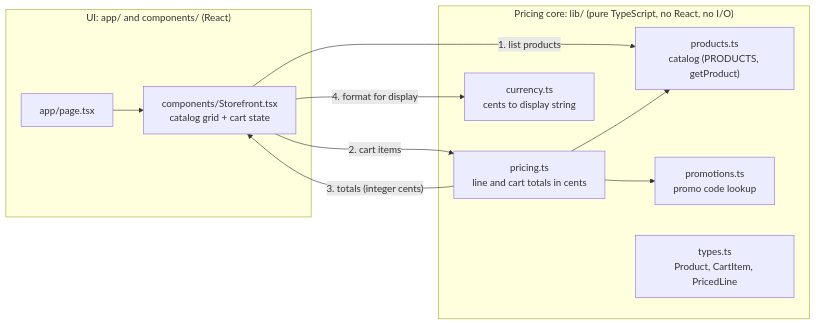
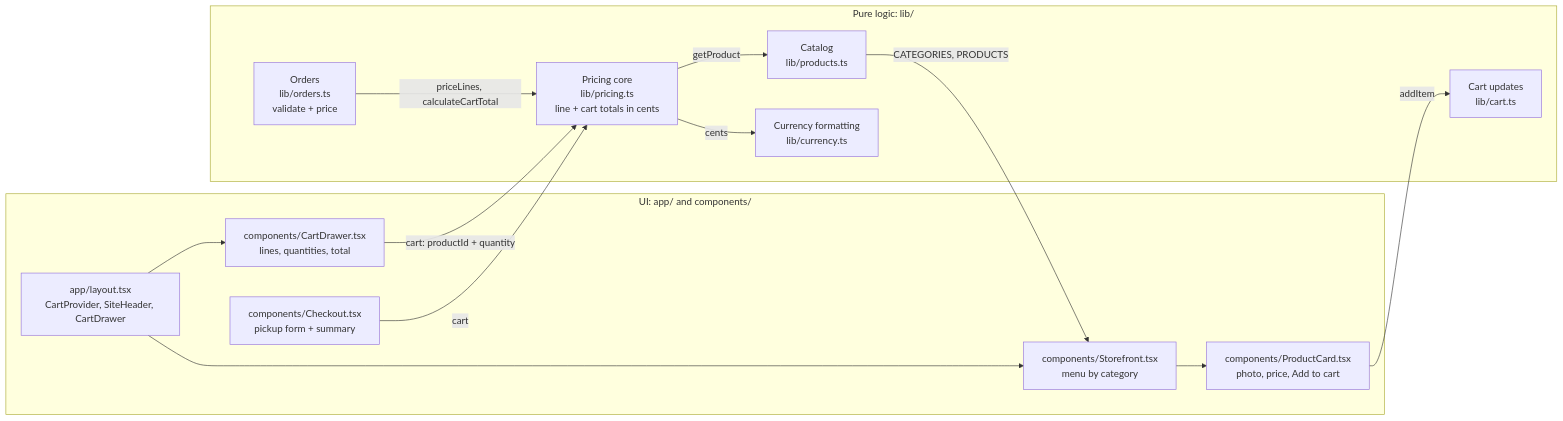
Before and after one commit to FactoryDemo/demo-storefront-practice: the first of 2 diagrams in docs/architecture.md, drawn with Mermaid. The commit also changed other lines of this file and 40 other files, not shown here.

Commit message:
redesign storefront with a photo menu, cart drawer, and pickup checkout

````diff
--- a/docs/architecture.md
+++ b/docs/architecture.md
@@ -9,21 +11,28 @@
 ```mermaid
 flowchart LR
-  subgraph ui["UI: app/ and components/ (React)"]
-    page["app/page.tsx"] --> storefront["components/Storefront.tsx<br/>catalog grid + cart state"]
+  subgraph ui["UI: app/ and components/"]
+    layout["app/layout.tsx<br/>CartProvider, SiteHeader, CartDrawer"]
+    storefront["components/Storefront.tsx<br/>menu by category"]
+    card["components/ProductCard.tsx<br/>photo, price, Add to cart"]
+    drawer["components/CartDrawer.tsx<br/>lines, quantities, total"]
+    checkout["components/Checkout.tsx<br/>pickup form + summary"]
+    layout --> storefront --> card
+    layout --> drawer
   end
 
-  subgraph core["Pricing core: lib/ (pure TypeScript, no React, no I/O)"]
-    products["products.ts<br/>catalog (PRODUCTS, getProduct)"]
-    pricing["pricing.ts<br/>line and cart totals in cents"]
-    promotions["promotions.ts<br/>promo code lookup"]
-    currency["currency.ts<br/>cents to display string"]
-    types["types.ts<br/>Product, CartItem, PricedLine"]
+  subgraph core["Pure logic: lib/"]
+    catalog["Catalog<br/>lib/products.ts"]
+    cart["Cart updates<br/>lib/cart.ts"]
+    pricing["Pricing core<br/>lib/pricing.ts<br/>line + cart totals in cents"]
+    orders["Orders<br/>lib/orders.ts<br/>validate + price"]
+    currency["Currency formatting<br/>lib/currency.ts"]
   end
 
-  storefront -- "1. list products" --> products
-  storefront -- "2. cart items" --> pricing
-  pricing --> products
-  pricing --> promotions
-  pricing -- "3. totals (integer cents)" --> storefront
-  storefront -- "4. format for display" --> currency
+  catalog -- "CATEGORIES, PRODUCTS" --> storefront
+  card -- "addItem" --> cart
+  drawer -- "cart: productId + quantity" --> pricing
+  checkout -- "cart" --> pricing
+  pricing -- "getProduct" --> catalog
+  orders -- "priceLines, calculateCartTotal" --> pricing
+  pricing -- "cents" --> currency
 ```
````
